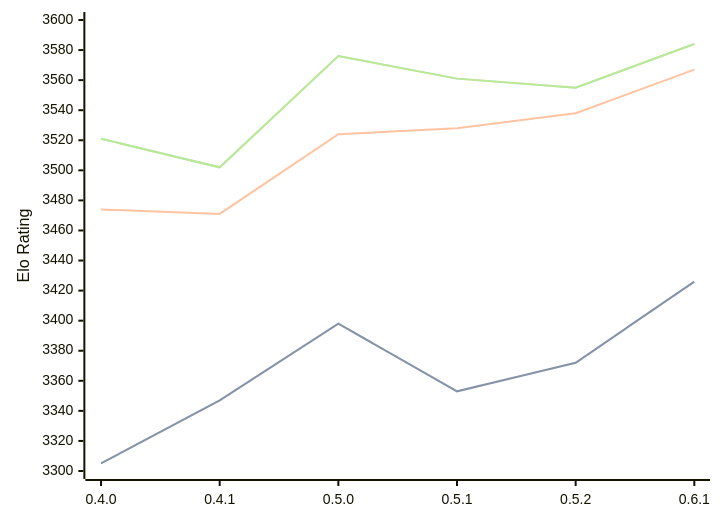
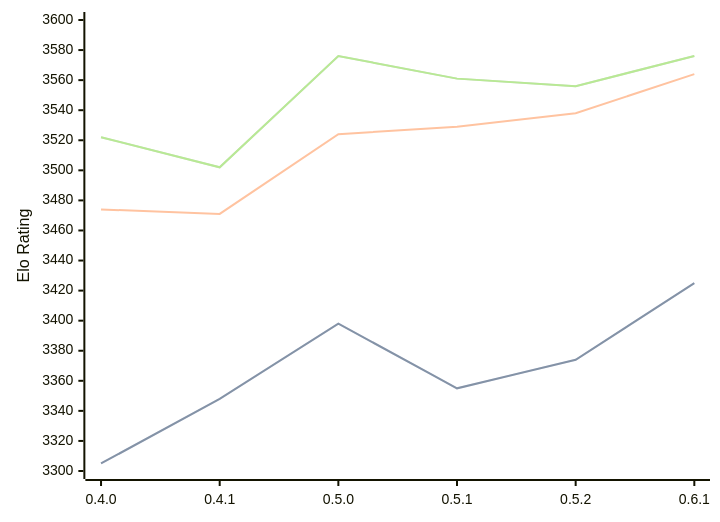
Before and after one commit to computer-chess-index/cci: the diagram in engines/Cinder.md, drawn with Mermaid. The commit also changed other lines of this file, not shown here.

Commit message:
Update CCI Ratings (ELO VLTC) - 2026-08-20

````diff
--- a/engines/Cinder.md
+++ b/engines/Cinder.md
@@ -37,11 +37,11 @@
 ```mermaid
 %%{init: {"theme":"base","themeVariables":{"seriesColors:['#a3a3a3','#222221','#faa371']}}}%%
 xychart-beta
   x-axis ["0.4.0", "0.4.1", "0.5.0", "0.5.1", "0.5.2", "0.6.1"]
   y-axis "Elo Rating" 3300 --> 3600
-  line "STC (8.0+0.08s)" [3305, 3347, 3398, 3353, 3372, 3426]
-  line "STC (8.0+0.08s)" [3305, 3347, 3398, 3353, 3372, 3426]
-  line "LTC (60.0+0.60s)" [3474, 3471, 3524, 3528, 3538, 3567]
-  line "VLTC (2m24s+1.12s)" [3521, 3502, 3576, 3561, 3555, 3584]
-  line "VLTC (2m24s+1.12s)" [3521, 3502, 3576, 3561, 3555, 3584]
+  line "STC (8.0+0.08s)" [3305, 3348, 3398, 3355, 3374, 3425]
+  line "STC (8.0+0.08s)" [3305, 3348, 3398, 3355, 3374, 3425]
+  line "LTC (60.0+0.60s)" [3474, 3471, 3524, 3529, 3538, 3564]
+  line "VLTC (2m24s+1.12s)" [3522, 3502, 3576, 3561, 3556, 3576]
+  line "VLTC (2m24s+1.12s)" [3522, 3502, 3576, 3561, 3556, 3576]
 ```
````
